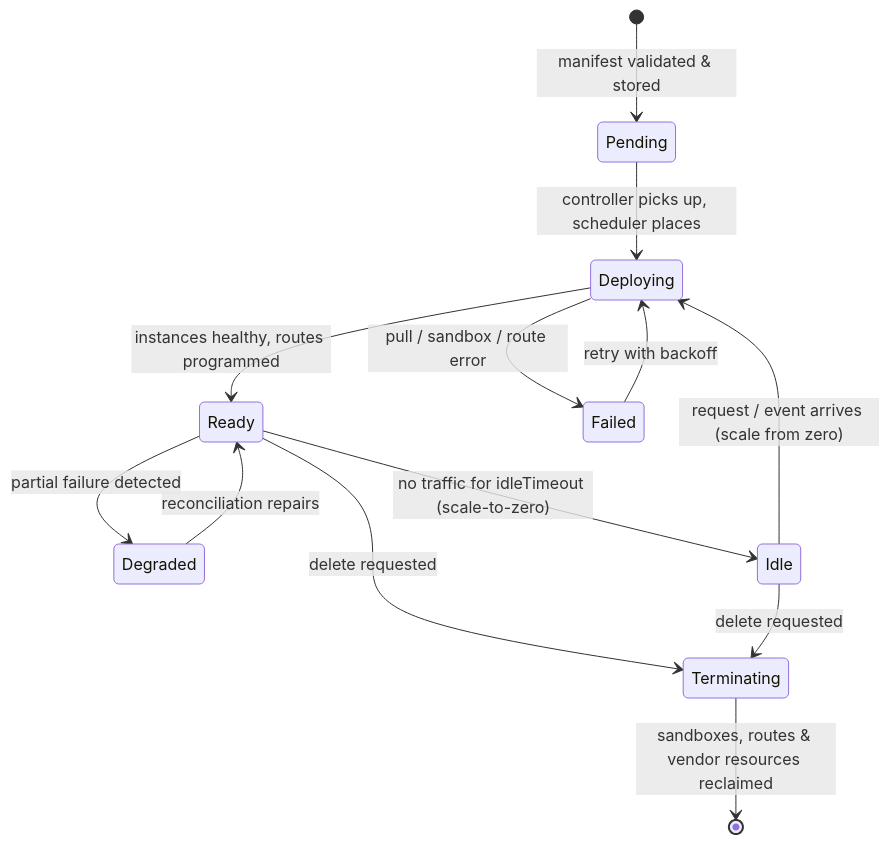
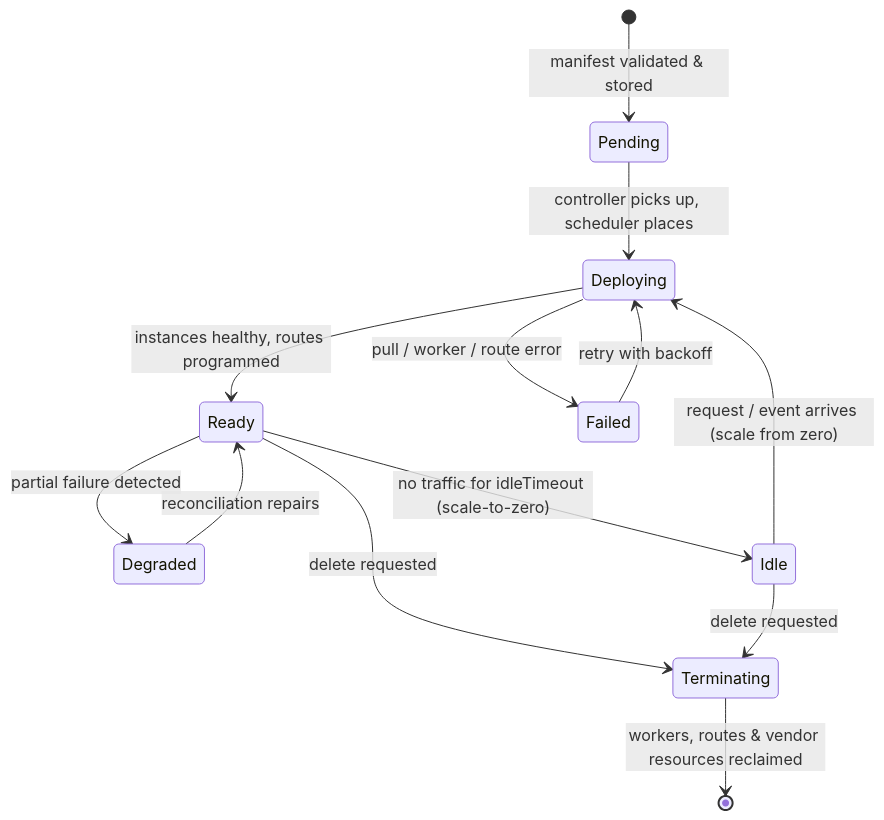
The eighth of 8 diagrams in blueprint.md (pyvvo/funcd), drawn with Mermaid before and after one commit. The commit also changed other lines of this file and 368 other files, not shown here.

````diff
--- a/blueprint.md
+++ b/blueprint.md
@@ -601,15 +609,15 @@
 ```mermaid
 stateDiagram-v2
     [*] --> Pending : manifest validated & stored
     Pending --> Deploying : controller picks up, scheduler places
     Deploying --> Ready : instances healthy, routes programmed
-    Deploying --> Failed : pull / sandbox / route error
+    Deploying --> Failed : pull / worker / route error
     Failed --> Deploying : retry with backoff
     Ready --> Degraded : partial failure detected
     Degraded --> Ready : reconciliation repairs
     Ready --> Idle : no traffic for idleTimeout (scale-to-zero)
     Idle --> Deploying : request / event arrives (scale from zero)
     Ready --> Terminating : delete requested
     Idle --> Terminating : delete requested
-    Terminating --> [*] : sandboxes, routes & vendor resources reclaimed
+    Terminating --> [*] : workers, routes & vendor resources reclaimed
 ```
````
